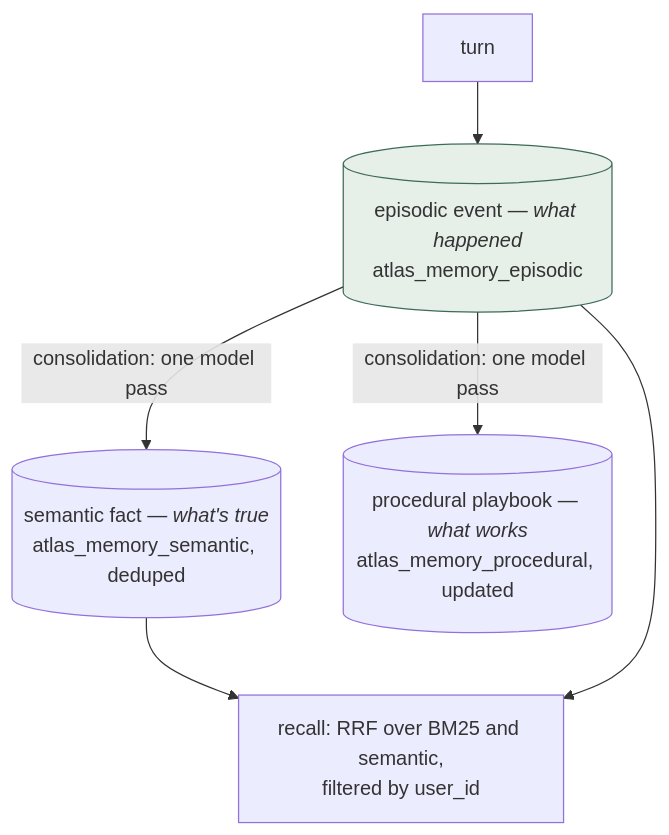
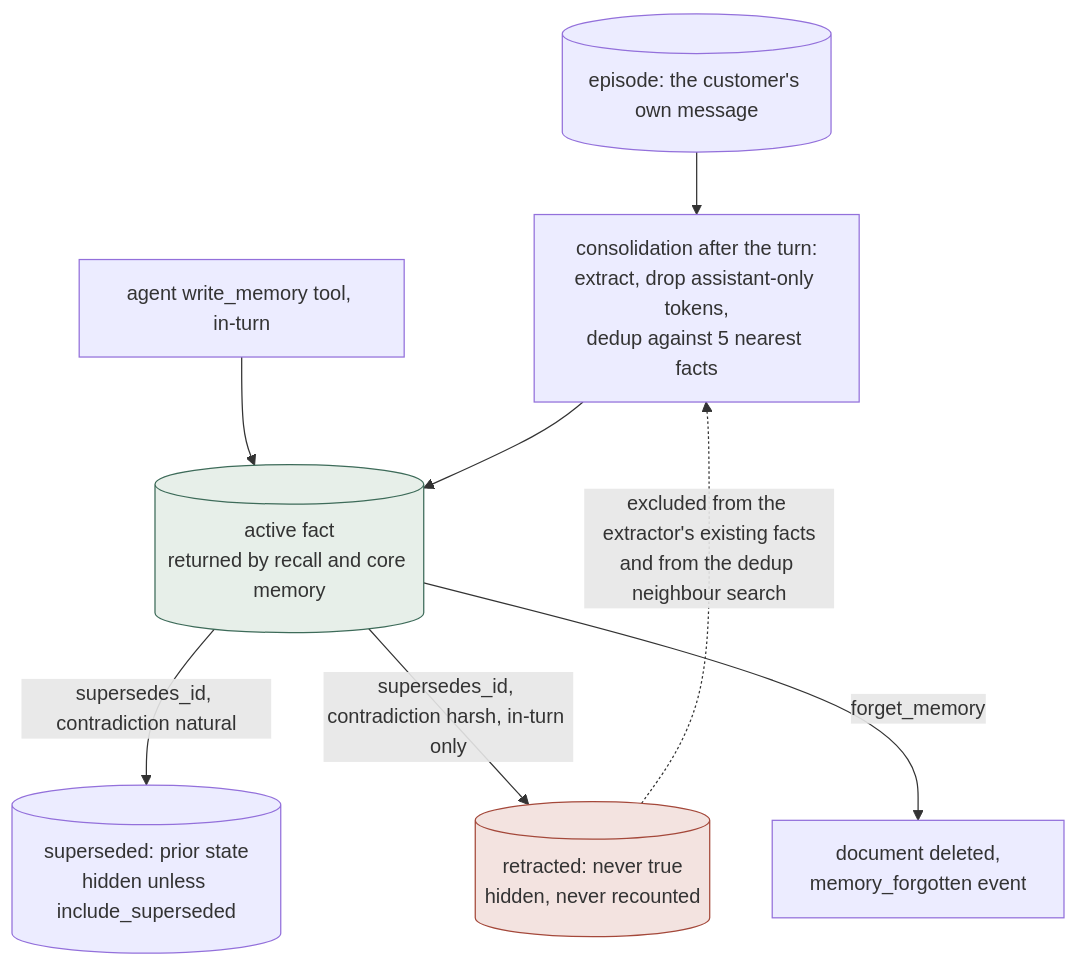
The diagram in content/systems/elastic-atlas.md (neoneye/agent-memory-atlas), drawn with Mermaid before and after one commit. The commit also changed other lines of this file and 664 other files, not shown here.

First line of the commit message:
Audit Atlas Memory Demo at an unchanged pin: three marks withheld in error

````diff
--- a/content/systems/elastic-atlas.md
+++ b/content/systems/elastic-atlas.md
@@ -83,11 +94,14 @@
 ```mermaid
-%% caption: one consolidation pass turns episodic events into deduped semantic facts and updated procedural playbooks, and recall is RRF over BM25 and semantic filtered by user
+%% caption: a semantic fact is active on arrival from either producer; supersession withholds it from recall, and a retracted fact is invisible to the write path that could re-extract it
 flowchart TB
-    T["turn"] --> EP[("episodic event — <i>what happened</i><br/>atlas_memory_episodic")]
-    EP -->|"consolidation: one model pass"| SE[("semantic fact — <i>what's true</i><br/>atlas_memory_semantic, deduped")]
-    EP -->|"consolidation: one model pass"| PR[("procedural playbook — <i>what works</i><br/>atlas_memory_procedural, updated")]
-    SE --> RC["recall: RRF over BM25 and semantic,<br/>filtered by user_id"]
-    EP --> RC
+    EP[("episode: the customer's own message")] --> CON["consolidation after the turn:<br/>extract, drop assistant-only tokens,<br/>dedup against 5 nearest facts"]
+    AG["agent write_memory tool, in-turn"] --> ACT
+    CON --> ACT[("active fact<br/>returned by recall and core memory")]
+    ACT -->|"supersedes_id, contradiction natural"| SUP[("superseded: prior state<br/>hidden unless include_superseded")]
+    ACT -->|"supersedes_id, contradiction harsh, in-turn only"| RET[("retracted: never true<br/>hidden, never recounted")]
+    ACT -->|"forget_memory"| DEL["document deleted,<br/>memory_forgotten event"]
+    RET -.->|"excluded from the extractor's existing facts<br/>and from the dedup neighbour search"| CON
 
-    style EP fill:#e7efe9,stroke:#3d6b59
+    style RET fill:#f3e3e0,stroke:#a4483a
+    style ACT fill:#e7efe9,stroke:#3d6b59
 ```
````
